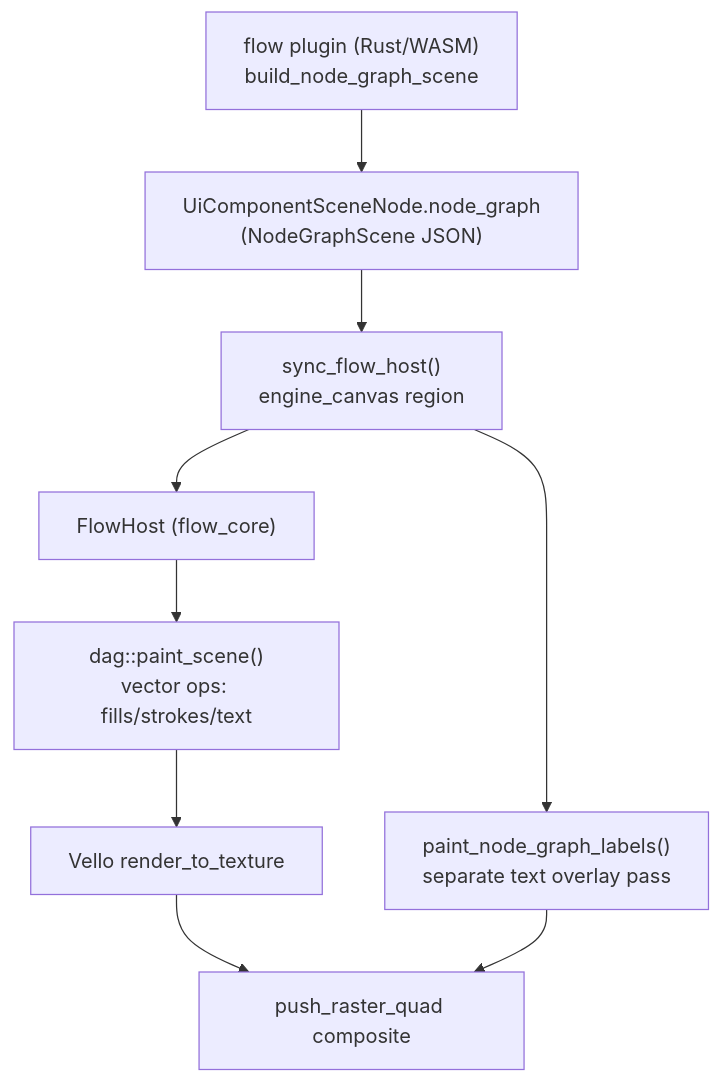
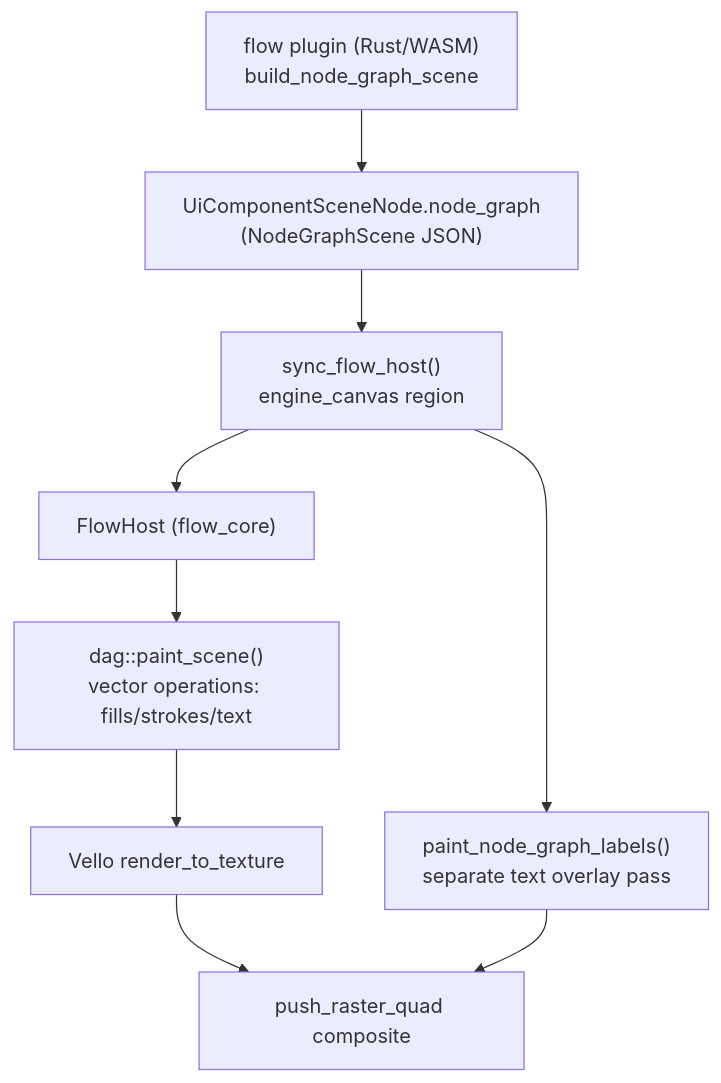
One commit to usalu/semio changed the diagram in .cursor/plans/restore_flow_wgpu_rendering_parity_6d0f4468.plan.md. Above: the diagram before and after it, drawn with Mermaid. The commit also changed 513 other files, not shown here.

````diff
--- a/.cursor/plans/restore_flow_wgpu_rendering_parity_6d0f4468.plan.md
+++ b/.cursor/plans/restore_flow_wgpu_rendering_parity_6d0f4468.plan.md
@@ -42,11 +42,11 @@
 ```mermaid
 flowchart TD
     plugin["flow plugin (Rust/WASM)\nbuild_node_graph_scene"] --> scene["UiComponentSceneNode.node_graph\n(NodeGraphScene JSON)"]
     scene --> sync["sync_flow_host()\nengine_canvas region"]
     sync --> host["FlowHost (flow_core)"]
-    host --> paint["dag::paint_scene()\nvector ops: fills/strokes/text"]
+    host --> paint["dag::paint_scene()\nvector operations: fills/strokes/text"]
     paint --> vello["Vello render_to_texture"]
     vello --> quad["push_raster_quad composite"]
     sync --> labels["paint_node_graph_labels()\nseparate text overlay pass"]
     labels --> quad
 ```
````
